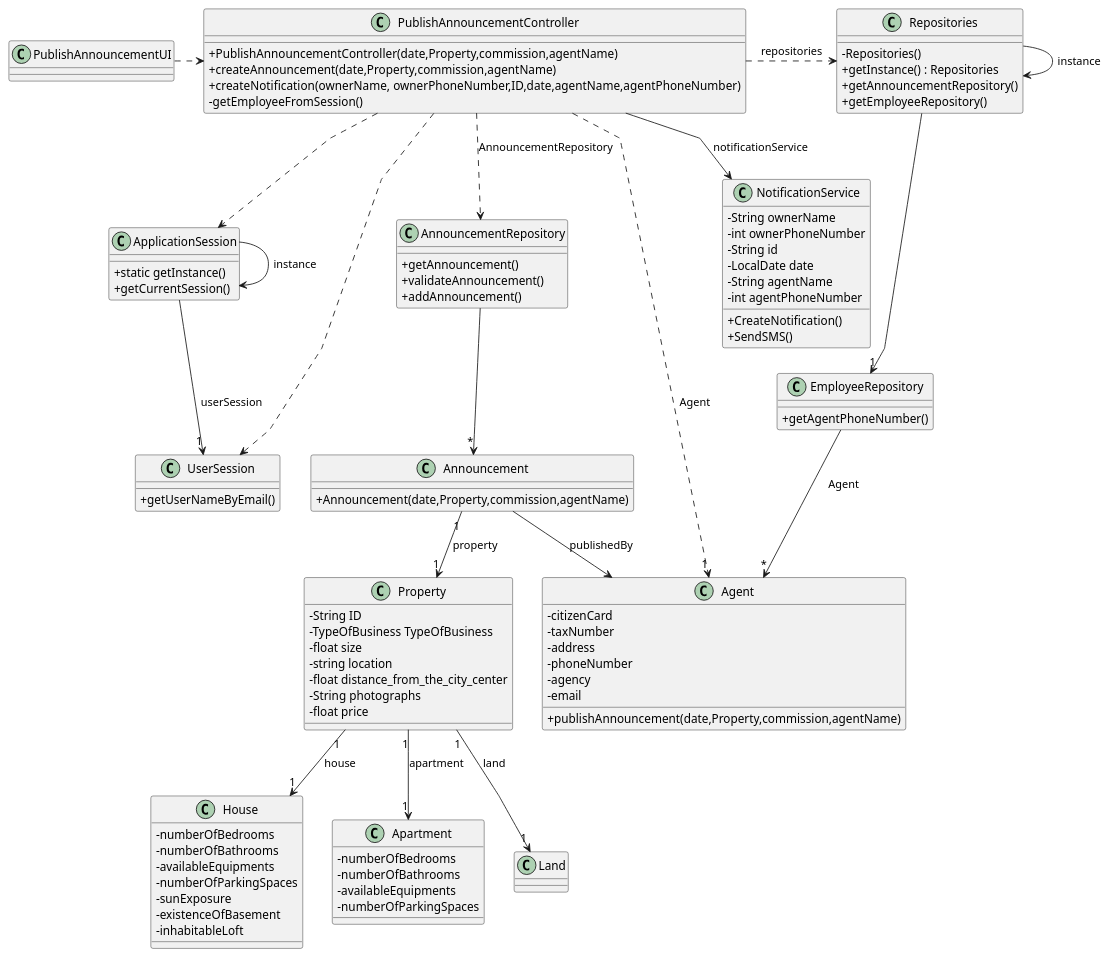
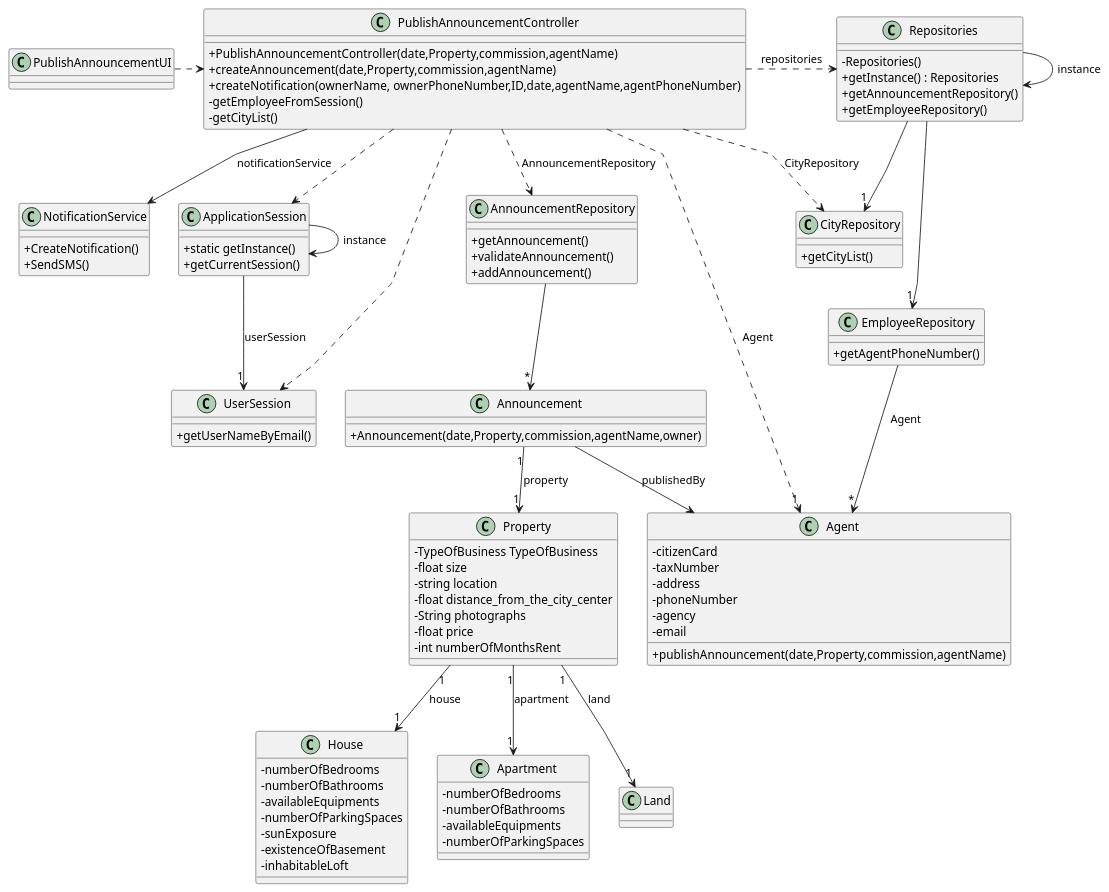
One commit to tiagohcorreia/LAPR2 changed the diagram in docs/sprintD/US002/03.design/puml/US2_CD.puml. Above: the diagram before and after it, drawn with PlantUML. The commit also changed 25 other files, not shown here.

```diff
--- a/docs/sprintD/US002/03.design/puml/US2_CD.puml
+++ b/docs/sprintD/US002/03.design/puml/US2_CD.puml
@@ -1,141 +1,146 @@
 @startuml
 'skinparam monochrome true
 skinparam packageStyle rectangle
 skinparam shadowing false
 skinparam linetype polyline
 'skinparam linetype orto
 
 skinparam classAttributeIconSize 0
 
 'left to right direction
 
 class PublishAnnouncementUI{
 }
 
 class PublishAnnouncementController {
     + PublishAnnouncementController(date,Property,commission,agentName)
     + createAnnouncement(date,Property,commission,agentName)
     + createNotification(ownerName, ownerPhoneNumber,ID,date,agentName,agentPhoneNumber)
     - getEmployeeFromSession()
+    - getCityList()
 
 }
 
 class ApplicationSession
 {
     + static getInstance()
     + getCurrentSession()
 }
 
 class UserSession
 {
     + getUserNameByEmail()
 }
 
 
 
 
 class Repositories {
     - Repositories()
     + getInstance() : Repositories
     + getAnnouncementRepository()
     +getEmployeeRepository()
 }
 
 class AnnouncementRepository{
     +getAnnouncement()
     +validateAnnouncement()
     +addAnnouncement()
 }
+
+class CityRepository{
+    +getCityList()
+
+}
 class EmployeeRepository{
     +getAgentPhoneNumber()
 
 }
 
 class Announcement{
-    + Announcement(date,Property,commission,agentName)
+    + Announcement(date,Property,commission,agentName,owner)
 
 }
 
 class Property{
-  -String ID
   -TypeOfBusiness TypeOfBusiness
   -float size
   -string location
   -float distance_from_the_city_center
   -String photographs
   -float price
+  -int numberOfMonthsRent
 
 }
 class House{
     -numberOfBedrooms
     -numberOfBathrooms
     -availableEquipments
     -numberOfParkingSpaces
     -sunExposure
     -existenceOfBasement
     -inhabitableLoft
 
 }
 
 class Apartment{
     -numberOfBedrooms
     -numberOfBathrooms
     -availableEquipments
     -numberOfParkingSpaces
 }
 
 class Land{
 }
 
 
 
 
 class Agent {
     -citizenCard
     -taxNumber
     -address
     -phoneNumber
     -agency
     -email
     +publishAnnouncement(date,Property,commission,agentName)
 }
 class NotificationService{
-    -String ownerName
-    -int ownerPhoneNumber
-    -String id
-    -LocalDate date
-    -String agentName
-    -int agentPhoneNumber
+
     +CreateNotification()
     +SendSMS()
 }
 
 Repositories -> Repositories : instance
 ApplicationSession -> ApplicationSession : instance
 PublishAnnouncementController .> Repositories : repositories
 
 Repositories --> "1" EmployeeRepository
+Repositories --> "1" CityRepository
+
 
 EmployeeRepository --> "*" Agent: Agent
 ApplicationSession --> "1" UserSession : userSession
 
 PublishAnnouncementController ..> "1" Agent : Agent
 PublishAnnouncementController ..> ApplicationSession
 PublishAnnouncementController ..> UserSession
 
 PublishAnnouncementUI .> PublishAnnouncementController
 
 
 PublishAnnouncementController ..> AnnouncementRepository : AnnouncementRepository
 
+PublishAnnouncementController ..> CityRepository : CityRepository
+
 AnnouncementRepository --> "*" Announcement
 
 Announcement "1" --> "1" Property: property
 
 Property "1" --> "1" House: house
 Property "1" --> "1" Apartment: apartment
 Property "1" --> "1" Land: land
 PublishAnnouncementController --> NotificationService: notificationService
 
 Announcement --> Agent : publishedBy
 @enduml
```
